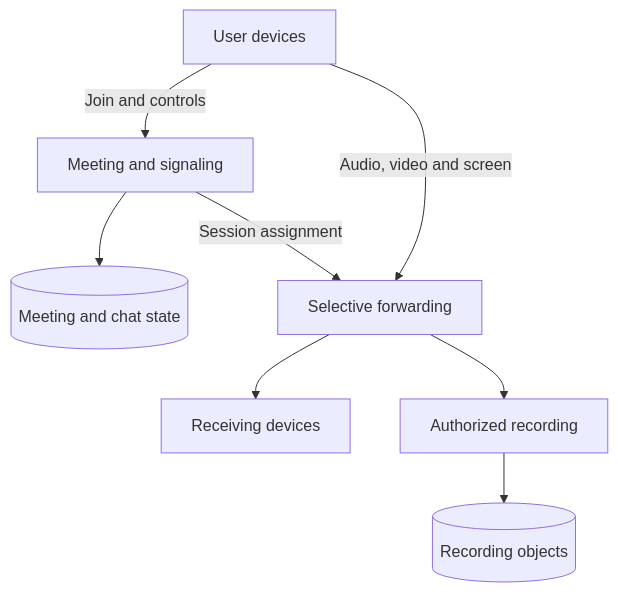
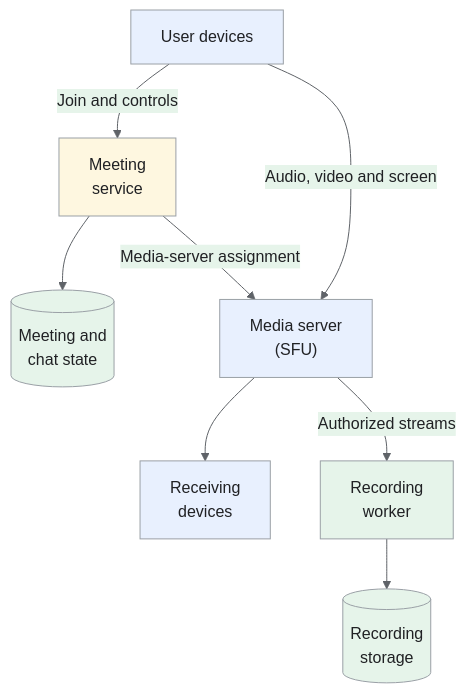
The first of 10 diagrams in _designs/system-design-video-conferencing-zoom.md (iliazlobin/iliazlobin.github.io), drawn with Mermaid before and after one commit. The commit also changed other lines of this file and 131 other files, not shown here.

````diff
--- a/_designs/system-design-video-conferencing-zoom.md
+++ b/_designs/system-design-video-conferencing-zoom.md
@@ -136,10 +162,18 @@
 ```mermaid
+%%{init: {"theme":"base","themeVariables":{"primaryColor":"#e8f0fe","primaryBorderColor":"#9aa0a6","primaryTextColor":"#202124","secondaryColor":"#e6f4ea","tertiaryColor":"#fef7e0","lineColor":"#5f6368","actorBkg":"#e8f0fe","actorBorder":"#9aa0a6","actorTextColor":"#202124","noteBkgColor":"#fef7e0","noteBorderColor":"#9aa0a6","noteTextColor":"#202124","signalColor":"#5f6368","signalTextColor":"#202124"}}}%%
 flowchart TB
-    U["User devices"] -->|"Join and controls"| M["Meeting and signaling"]
-    M --> D[("Meeting and chat state")]
-    M -->|"Session assignment"| S["Selective forwarding"]
+    U["User devices"] -->|"Join and controls"| M["Meeting<br>service"]
+    M --> D[("Meeting and<br>chat state")]
+    M -->|"Media-server assignment"| S["Media server<br>(SFU)"]
     U -->|"Audio, video and screen"| S
-    S --> R["Receiving devices"]
-    S --> W["Authorized recording"]
-    W --> O[("Recording objects")]
+    S --> R["Receiving<br>devices"]
+    S -->|"Authorized streams"| W["Recording<br>worker"]
+    W --> O[("Recording<br>storage")]
+classDef request fill:#e8f0fe,stroke:#9aa0a6,color:#202124;
+classDef data fill:#e6f4ea,stroke:#9aa0a6,color:#202124;
+classDef control fill:#fef7e0,stroke:#9aa0a6,color:#202124;
+class U,S,R request;
+class D,W,O data;
+class M control;
+
 ```
````
